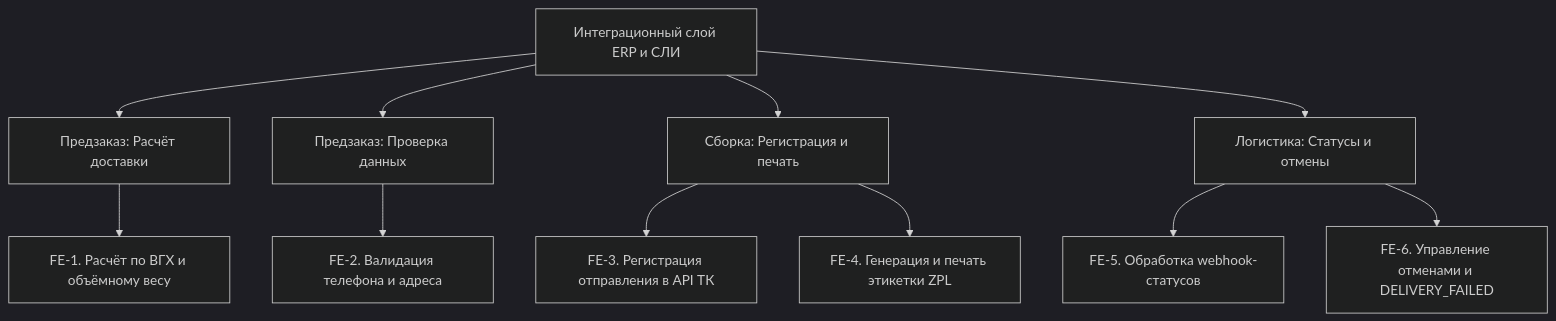
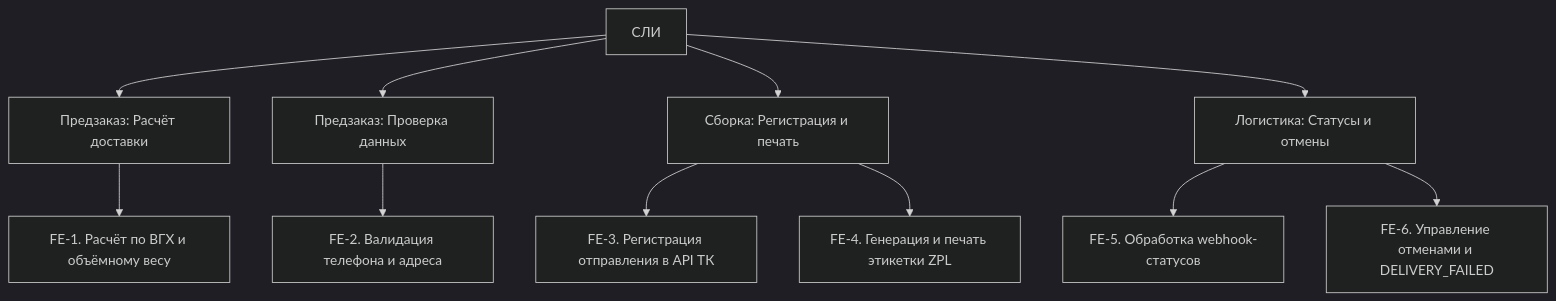
Before and after one commit to Fesenko1337/requirements-lab-01--variant-07---warehouse-: the diagram in variants/07 - Склад/case_concept.md, drawn with Mermaid (dark theme). The commit also changed other lines of this file, not shown here.

````diff
--- a/variants/07 - Склад/case_concept.md
+++ b/variants/07 - Склад/case_concept.md
@@ -111,18 +111,18 @@
 ```mermaid
 flowchart TB
-  SYS[Интеграционный слой ERP и СЛИ]
+  SYS[СЛИ]
 
   SYS --> Calc[Предзаказ: Расчёт доставки]
   Calc --> FE1[FE-1. Расчёт по ВГХ и объёмному весу]
 
   SYS --> Valid[Предзаказ: Проверка данных]
   Valid --> FE2[FE-2. Валидация телефона и адреса]
 
   SYS --> Reg[Сборка: Регистрация и печать]
   Reg --> FE3[FE-3. Регистрация отправления в API ТК]
   Reg --> FE4[FE-4. Генерация и печать этикетки ZPL]
 
   SYS --> Status[Логистика: Статусы и отмены]
   Status --> FE5[FE-5. Обработка webhook-статусов]
   Status --> FE6[FE-6. Управление отменами и DELIVERY_FAILED]
 ```
````
